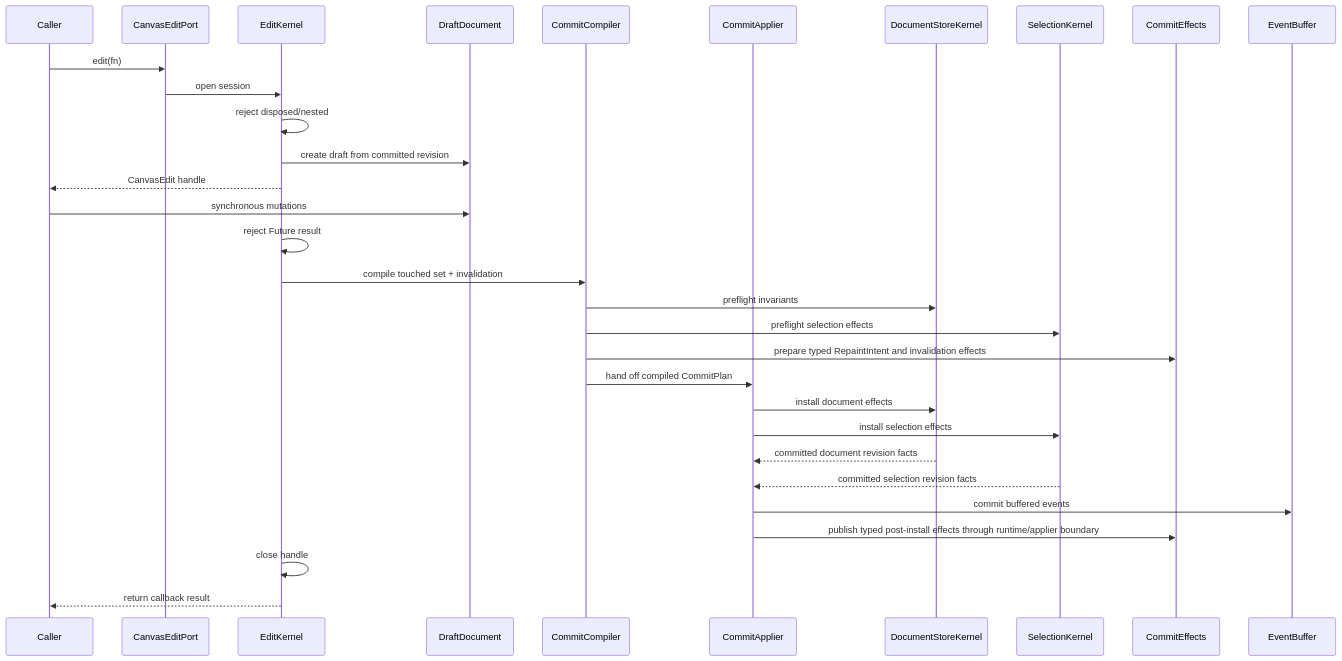
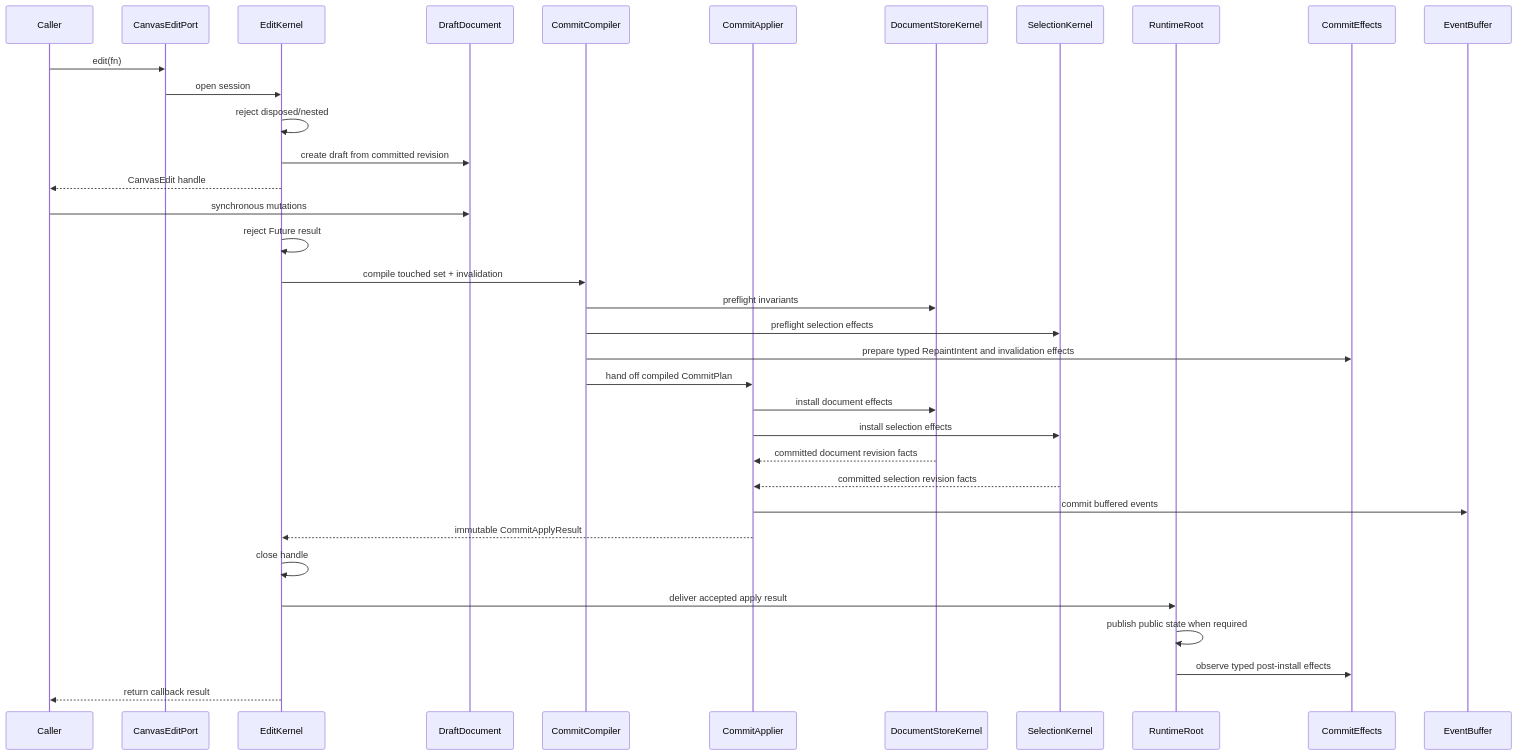
One commit to GreatPika/iwb_canvas_engine changed the first of 2 diagrams in docs/contracts/edit_kernel.md. Above: the diagram before and after it, drawn with Mermaid. The commit also changed other lines of this file and 1 other file, not shown here.

````diff
--- a/docs/contracts/edit_kernel.md
+++ b/docs/contracts/edit_kernel.md
@@ -52,34 +52,38 @@
 ```mermaid
 sequenceDiagram
   participant Caller
   participant API as CanvasEditPort
   participant EK as EditKernel
   participant Draft as DraftDocument
   participant CC as CommitCompiler
   participant Applier as CommitApplier
   participant Store as DocumentStoreKernel
   participant Selection as SelectionKernel
+  participant Runtime as RuntimeRoot
   participant Effects as CommitEffects
   participant Events as EventBuffer
 
   Caller->>API: edit(fn)
   API->>EK: open session
   EK->>EK: reject disposed/nested
   EK->>Draft: create draft from committed revision
   EK-->>Caller: CanvasEdit handle
   Caller->>Draft: synchronous mutations
   EK->>EK: reject Future result
   EK->>CC: compile touched set + invalidation
   CC->>Store: preflight invariants
   CC->>Selection: preflight selection effects
   CC->>Effects: prepare typed RepaintIntent and invalidation effects
   CC->>Applier: hand off compiled CommitPlan
   Applier->>Store: install document effects
   Applier->>Selection: install selection effects
   Store-->>Applier: committed document revision facts
   Selection-->>Applier: committed selection revision facts
   Applier->>Events: commit buffered events
-  Applier->>Effects: publish typed post-install effects through runtime/applier boundary
+  Applier-->>EK: immutable CommitApplyResult
   EK->>EK: close handle
+  EK->>Runtime: deliver accepted apply result
+  Runtime->>Runtime: publish public state when required
+  Runtime->>Effects: observe typed post-install effects
   EK-->>Caller: return callback result
 ```
````
